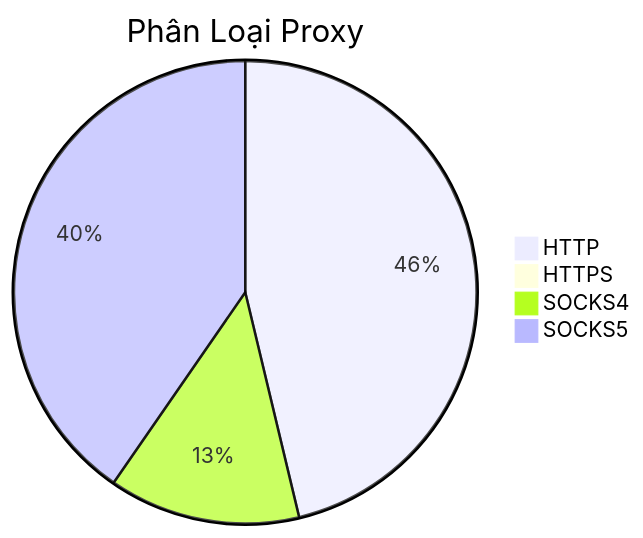
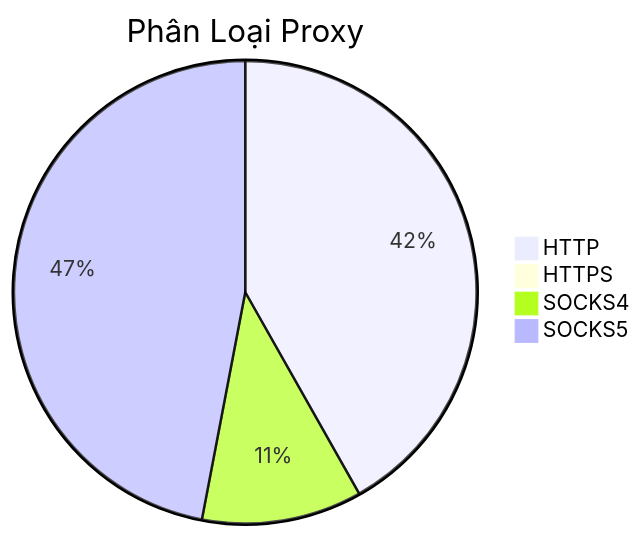
Before and after one commit to Ciara-Aa/PROXY-free: the diagram in README.md, drawn with Mermaid. The commit also changed other lines of this file and 4 other files, not shown here.

````diff
--- a/README.md
+++ b/README.md
@@ -26,7 +26,7 @@
 ```mermaid
 pie title Phân Loại Proxy
-    "HTTP" : 692
-    "HTTPS" : 2
-    "SOCKS4" : 200
-    "SOCKS5" : 604
+    "HTTP" : 773
+    "HTTPS" : 1
+    "SOCKS4" : 207
+    "SOCKS5" : 869
 ```
````
